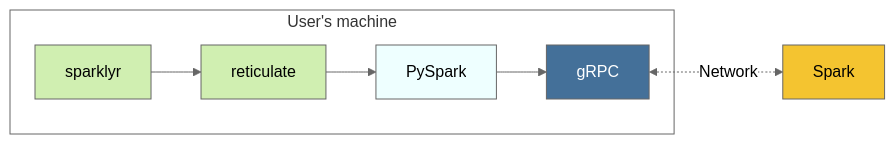
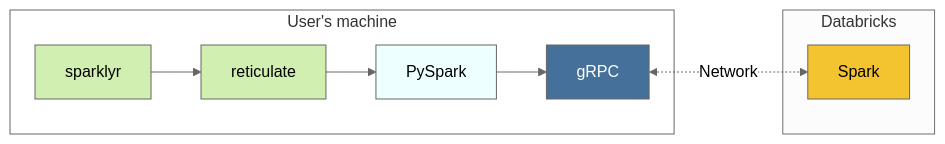
Before and after one commit to rstudio/spark.rstudio.com: the diagram in deployment/databricks-connect.qmd, drawn with Mermaid (neutral theme). The commit also changed other lines of this file, not shown here.

Commit message:
Removes some references to Spark Connect

````diff
--- a/deployment/databricks-connect.qmd
+++ b/deployment/databricks-connect.qmd
@@ -59,22 +56,23 @@
 ```{mermaid}
 flowchart LR
   subgraph lp[User's machine]
     sr[sparklyr]
     rt[reticulate]
     ps[PySpark]
     g1[gRPC]
   end
-  sp[Spark]
-  
+  subgraph db[Databricks]
+    sp[Spark]   
+  end
   sr --> rt
   rt --> ps
   g1 <-. Network .-> sp
   ps --> g1
   
   style sr  fill:#d0efb1,stroke:#666
   style rt  fill:#d0efb1,stroke:#666
   style ps  fill:#eff,stroke:#666
   style lp  fill:#fff,stroke:#666
   style sp  fill:#f4c430,stroke:#666
   style g1  fill:#447099,stroke:#666,color:#fff
 ```
````
